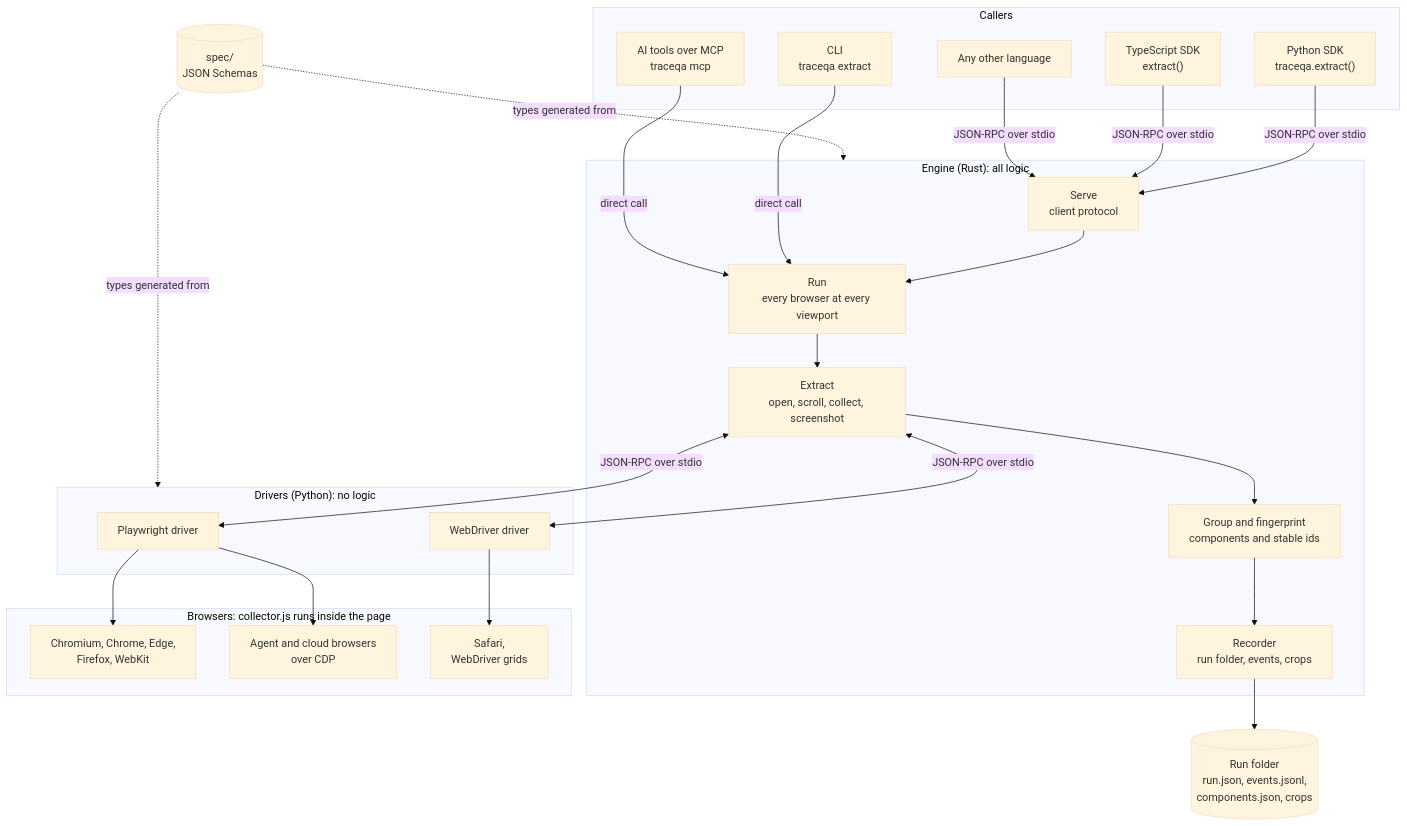
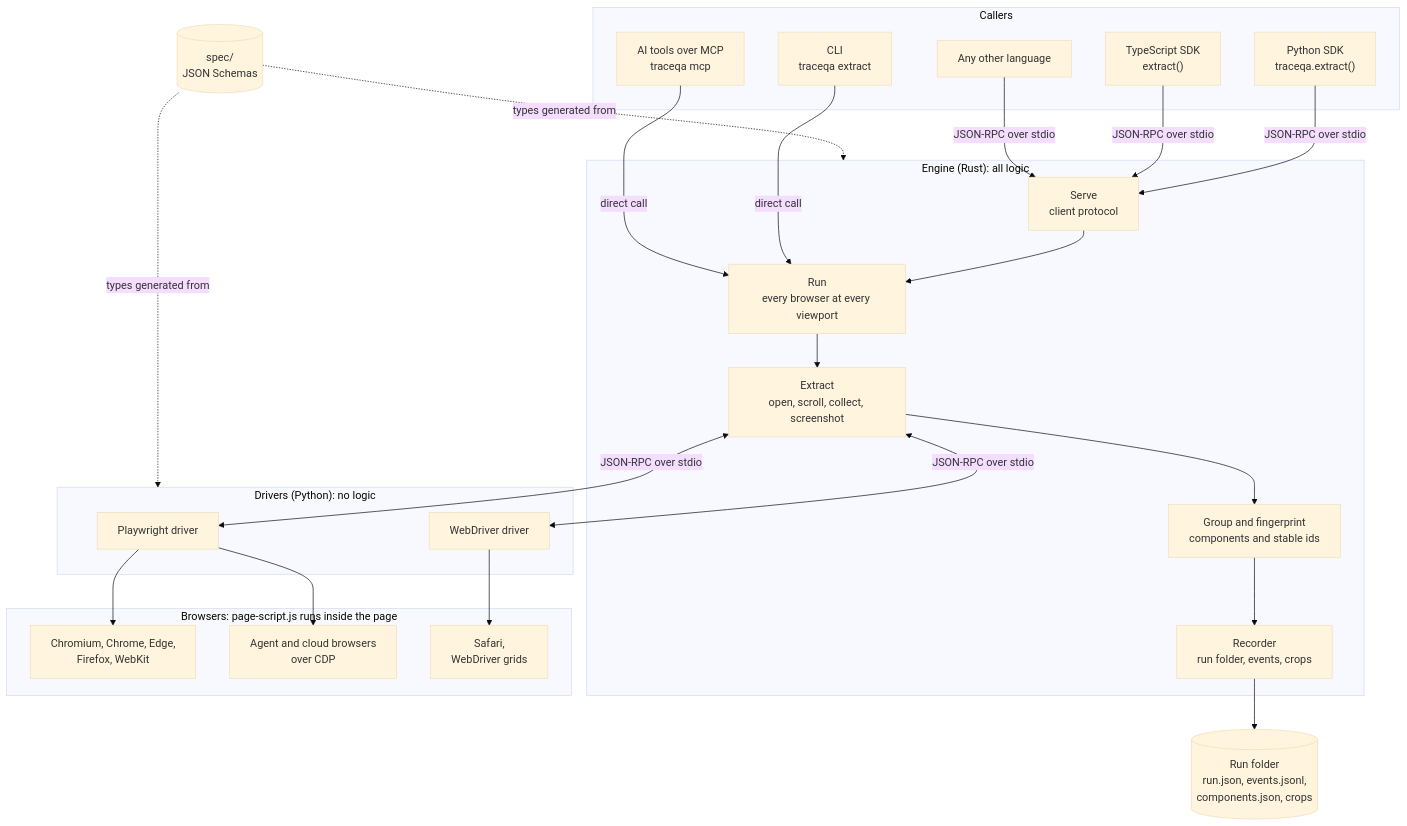
The diagram in docs/architecture.md (thearpankumar/TraceQA), drawn with Mermaid (base theme) before and after one commit. The commit also changed other lines of this file and 21 other files, not shown here.

First line of the commit message:
refactor: rename collector/ to page-script/

````diff
--- a/docs/architecture.md
+++ b/docs/architecture.md
@@ -7,47 +7,47 @@
 ```mermaid
 flowchart TB
     subgraph callers["Callers"]
         cli["CLI<br/>traceqa extract"]
         py["Python SDK<br/>traceqa.extract()"]
         ts["TypeScript SDK<br/>extract()"]
         ai["AI tools over MCP<br/>traceqa mcp"]
         other["Any other language"]
     end
 
     subgraph engine["Engine (Rust): all logic"]
         serve["Serve<br/>client protocol"]
         run["Run<br/>every browser at every viewport"]
         extract["Extract<br/>open, scroll, collect, screenshot"]
         group["Group and fingerprint<br/>components and stable ids"]
         recorder["Recorder<br/>run folder, events, crops"]
         serve --> run --> extract --> group --> recorder
     end
 
     subgraph drivers["Drivers (Python): no logic"]
         pw["Playwright driver"]
         wd["WebDriver driver"]
     end
 
-    subgraph browsers["Browsers: collector.js runs inside the page"]
+    subgraph browsers["Browsers: page-script.js runs inside the page"]
         b1["Chromium, Chrome, Edge,<br/>Firefox, WebKit"]
         b2["Agent and cloud browsers<br/>over CDP"]
         b3["Safari,<br/>WebDriver grids"]
     end
 
     spec[("spec/<br/>JSON Schemas")]
     out[("Run folder<br/>run.json, events.jsonl,<br/>components.json, crops")]
 
     cli -->|direct call| run
     ai -->|direct call| run
     py -->|JSON-RPC over stdio| serve
     ts -->|JSON-RPC over stdio| serve
     other -->|JSON-RPC over stdio| serve
     extract <-->|JSON-RPC over stdio| pw
     extract <-->|JSON-RPC over stdio| wd
     pw --> b1
     pw --> b2
     wd --> b3
     recorder --> out
     spec -.->|types generated from| engine
     spec -.->|types generated from| drivers
 ```
````
